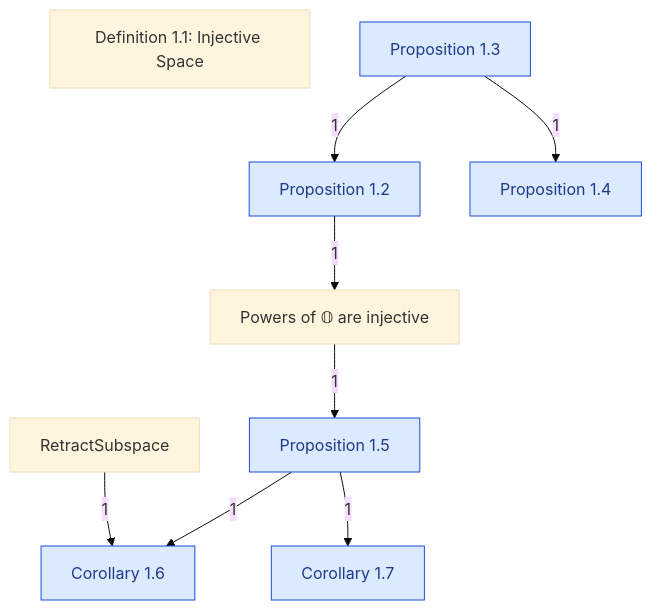
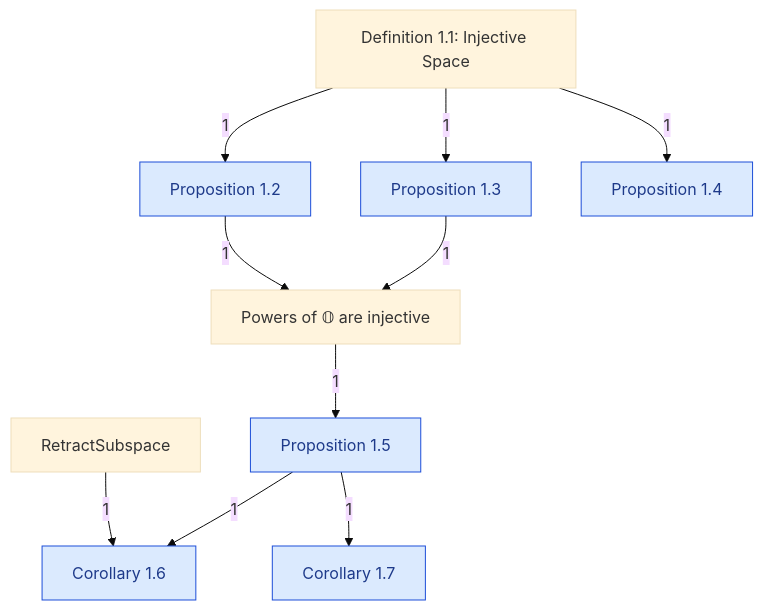
The diagram in DomainTheory/ContinuousLattice/Injective/Injective.mermaid (catskillsresearch/DomainTheory), drawn with Mermaid (base theme) before and after one commit. The commit also changed 9 other files, not shown here.

First line of the commit message:
Fix section dependency diagrams, captions, and PDF section layout.

```diff
--- a/DomainTheory/ContinuousLattice/Injective/Injective.mermaid
+++ b/DomainTheory/ContinuousLattice/Injective/Injective.mermaid
@@ -1,30 +1,32 @@
 %% Notes of section 1, injective spaces, in paper order.
 %% Each box is one outline note from 1972_Injective_spaces.md.
 %% Arrowhead on the importer. The number is a direct-import count.
 %% An arrow already implied by a longer path is omitted.
 %% Absolute retracts has no Lean files.
 flowchart TB
 
   C16["Corollary 1.6"]
   C17["Corollary 1.7"]
   D11["Definition 1.1: Injective Space"]
   PO["Powers of 𝕆 are injective"]
   P12["Proposition 1.2"]
   P13["Proposition 1.3"]
   P14["Proposition 1.4"]
   P15["Proposition 1.5"]
   IRS["RetractSubspace"]
 
   IRS -->|"1"| C16
   P15 -->|"1"| C16
   P15 -->|"1"| C17
-  P13 -->|"1"| P12
-  P13 -->|"1"| P14
+  D11 -->|"1"| P12
+  D11 -->|"1"| P13
+  D11 -->|"1"| P14
   PO -->|"1"| P15
   P12 -->|"1"| PO
+  P13 -->|"1"| PO
 
   classDef concept fill:#dcfce7,stroke:#15803d,color:#14532d
   classDef numbered fill:#dbeafe,stroke:#1d4ed8,color:#1e3a8a
   classDef definition fill:#fae8ff,stroke:#a21caf,color:#701a75
   class P12,P13,P14,P15 numbered
   class C16,C17 numbered
```
